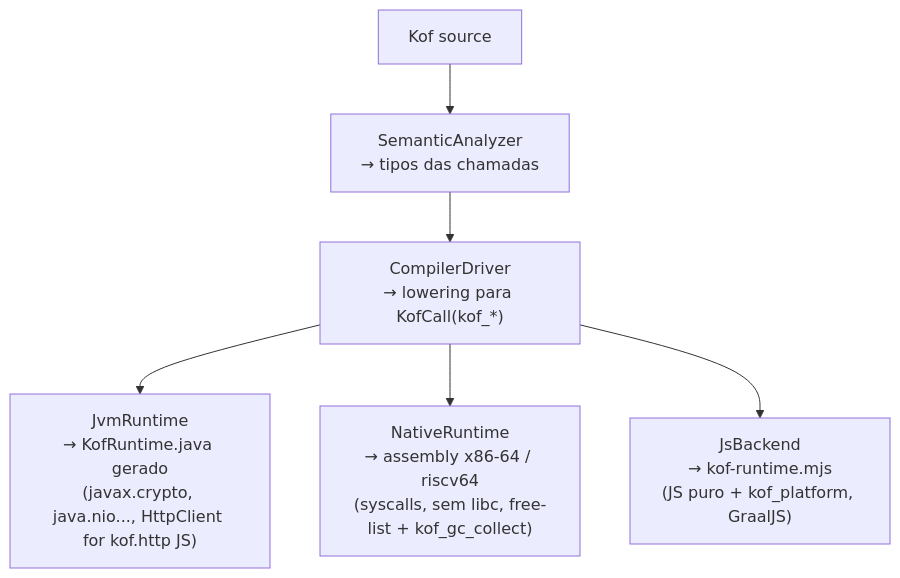
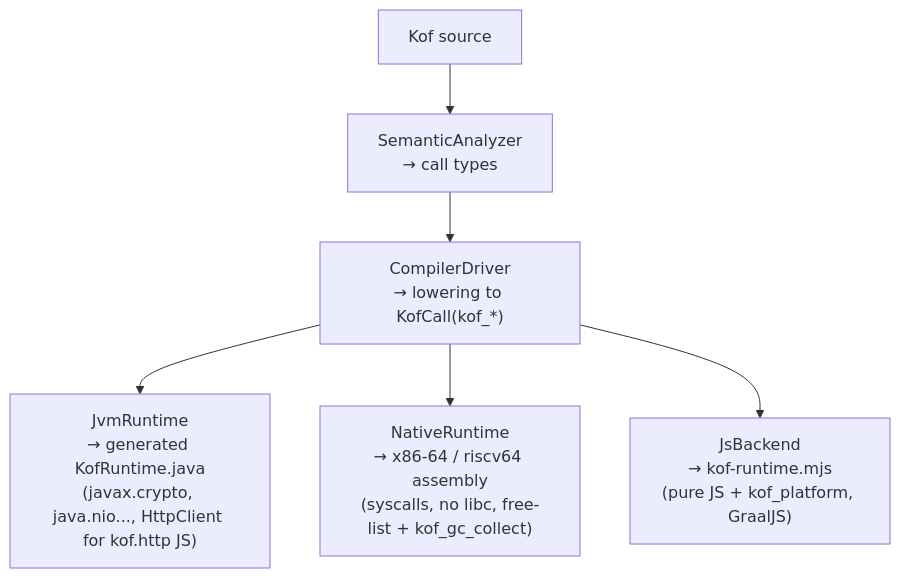
Before and after one commit to AHRGO/Kof4j: the sixth of 6 diagrams in docs/architecture/architecture.md, drawn with Mermaid. The commit also changed other lines of this file and 226 other files, not shown here.

````diff
--- a/docs/architecture/architecture.md
+++ b/docs/architecture/architecture.md
@@ -277,8 +279,8 @@
 ```mermaid
 flowchart TD
-    A["Kof source"] --> B["SemanticAnalyzer<br/>→ tipos das chamadas"]
-    B --> C["CompilerDriver<br/>→ lowering para KofCall(kof_*)"]
-    C --> D["JvmRuntime<br/>→ KofRuntime.java gerado<br/>(javax.crypto, java.nio..., HttpClient for kof.http JS)"]
-    C --> E["NativeRuntime<br/>→ assembly x86-64 / riscv64<br/>(syscalls, sem libc, free-list + kof_gc_collect)"]
-    C --> F["JsBackend<br/>→ kof-runtime.mjs<br/>(JS puro + kof_platform, GraalJS)"]
+    A["Kof source"] --> B["SemanticAnalyzer<br/>→ call types"]
+    B --> C["CompilerDriver<br/>→ lowering to KofCall(kof_*)"]
+    C --> D["JvmRuntime<br/>→ generated KofRuntime.java<br/>(javax.crypto, java.nio..., HttpClient for kof.http JS)"]
+    C --> E["NativeRuntime<br/>→ x86-64 / riscv64 assembly<br/>(syscalls, no libc, free-list + kof_gc_collect)"]
+    C --> F["JsBackend<br/>→ kof-runtime.mjs<br/>(pure JS + kof_platform, GraalJS)"]
 ```
````
